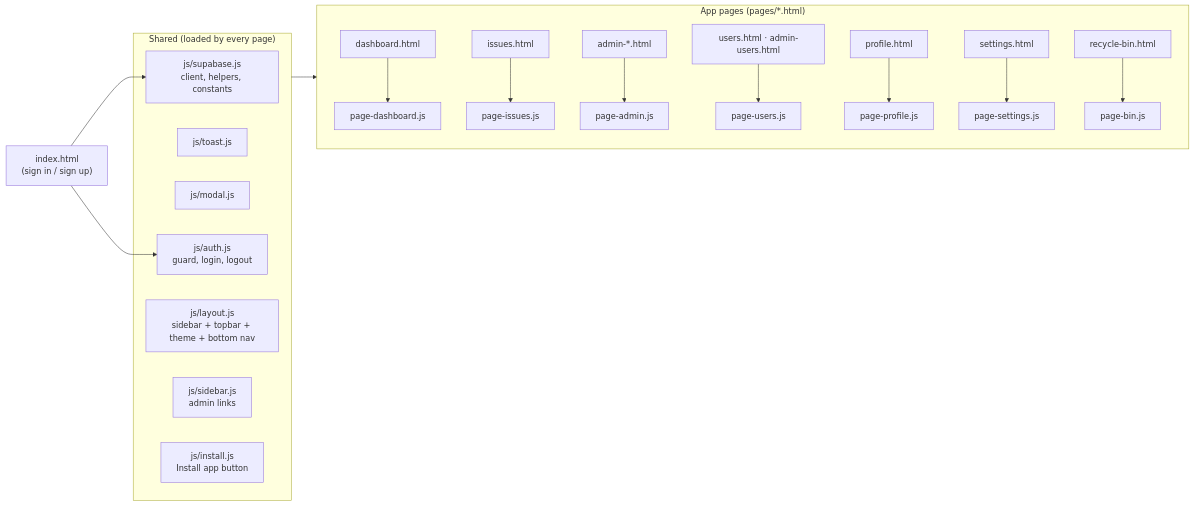
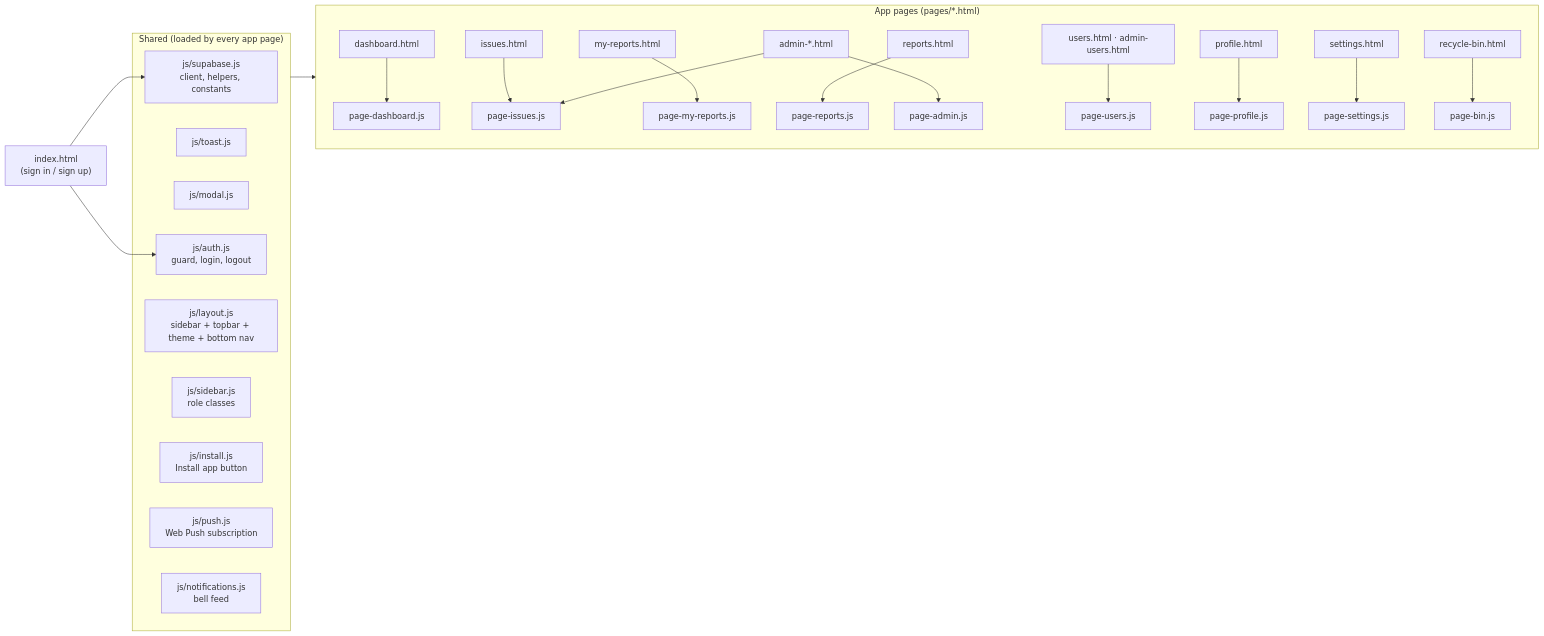
The third of 15 diagrams in ARCHITECTURE.md (rawrmeo/issue-tracker), drawn with Mermaid before and after one commit. The commit also changed other lines of this file and 5 other files, not shown here.

````diff
--- a/ARCHITECTURE.md
+++ b/ARCHITECTURE.md
@@ -62,27 +89,32 @@
 ```mermaid
 flowchart LR
-  subgraph Shared["Shared (loaded by every page)"]
+  subgraph Shared["Shared (loaded by every app page)"]
     SB["js/supabase.js<br/>client, helpers, constants"]
     T["js/toast.js"]
     M["js/modal.js"]
     AU["js/auth.js<br/>guard, login, logout"]
     L["js/layout.js<br/>sidebar + topbar + theme + bottom nav"]
-    S["js/sidebar.js<br/>admin links"]
+    S["js/sidebar.js<br/>role classes"]
     I["js/install.js<br/>Install app button"]
+    PU["js/push.js<br/>Web Push subscription"]
+    NO["js/notifications.js<br/>bell feed"]
   end
 
   IDX["index.html<br/>(sign in / sign up)"] --> SB
   IDX --> AU
 
   subgraph App["App pages (pages/*.html)"]
     D["dashboard.html"] --> P1["page-dashboard.js"]
     IS["issues.html"] --> P2["page-issues.js"]
-    AD["admin-*.html"] --> P3["page-admin.js"]
+    MR["my-reports.html"] --> P8["page-my-reports.js"]
+    RP["reports.html"] --> P9["page-reports.js"]
+    AD["admin-*.html"] --> P2
+    AD --> P3["page-admin.js"]
     U["users.html · admin-users.html"] --> P4["page-users.js"]
     PR["profile.html"] --> P5["page-profile.js"]
     SE["settings.html"] --> P6["page-settings.js"]
     RB["recycle-bin.html"] --> P7["page-bin.js"]
   end
 
   Shared --> App
 ```
````
